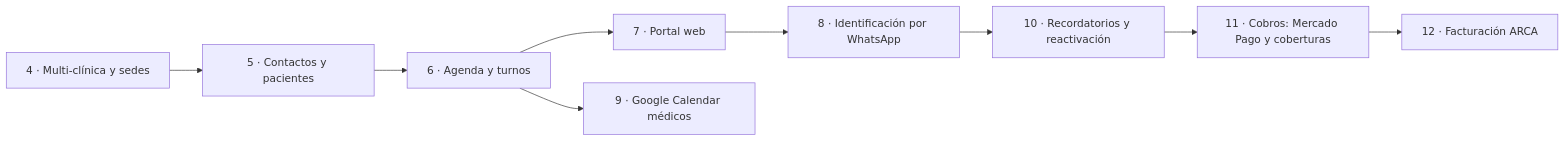
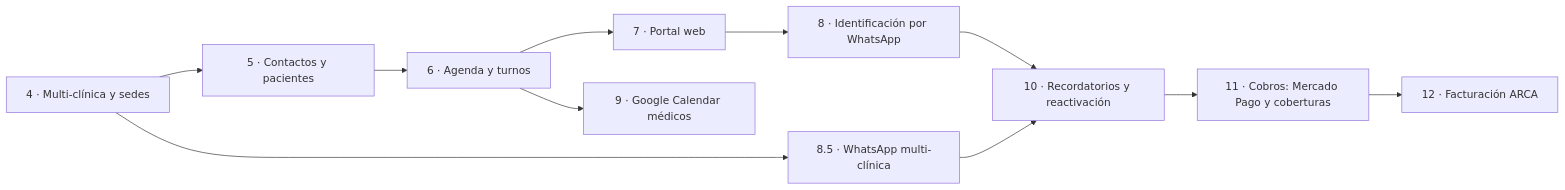
One commit to mlacheta/crm_poc1 changed the diagram in docs/specs/05_project_roadmap_and_milestones.md. Above: the diagram before and after it, drawn with Mermaid. The commit also changed other lines of this file and 26 other files, not shown here.

First line of the commit message:
Hito 8.5: WhatsApp multi-clínica con Embedded Signup

````diff
--- a/docs/specs/05_project_roadmap_and_milestones.md
+++ b/docs/specs/05_project_roadmap_and_milestones.md
@@ -35,11 +36,13 @@
 ```mermaid
 flowchart LR
     H4[4 · Multi-clínica y sedes] --> H5[5 · Contactos y pacientes]
     H5 --> H6[6 · Agenda y turnos]
     H6 --> H7[7 · Portal web]
     H7 --> H8[8 · Identificación por WhatsApp]
     H6 --> H9[9 · Google Calendar médicos]
     H8 --> H10[10 · Recordatorios y reactivación]
+    H4 --> H85[8.5 · WhatsApp multi-clínica]
+    H85 --> H10
     H10 --> H11[11 · Cobros: Mercado Pago y coberturas]
     H11 --> H12[12 · Facturación ARCA]
 ```
````
